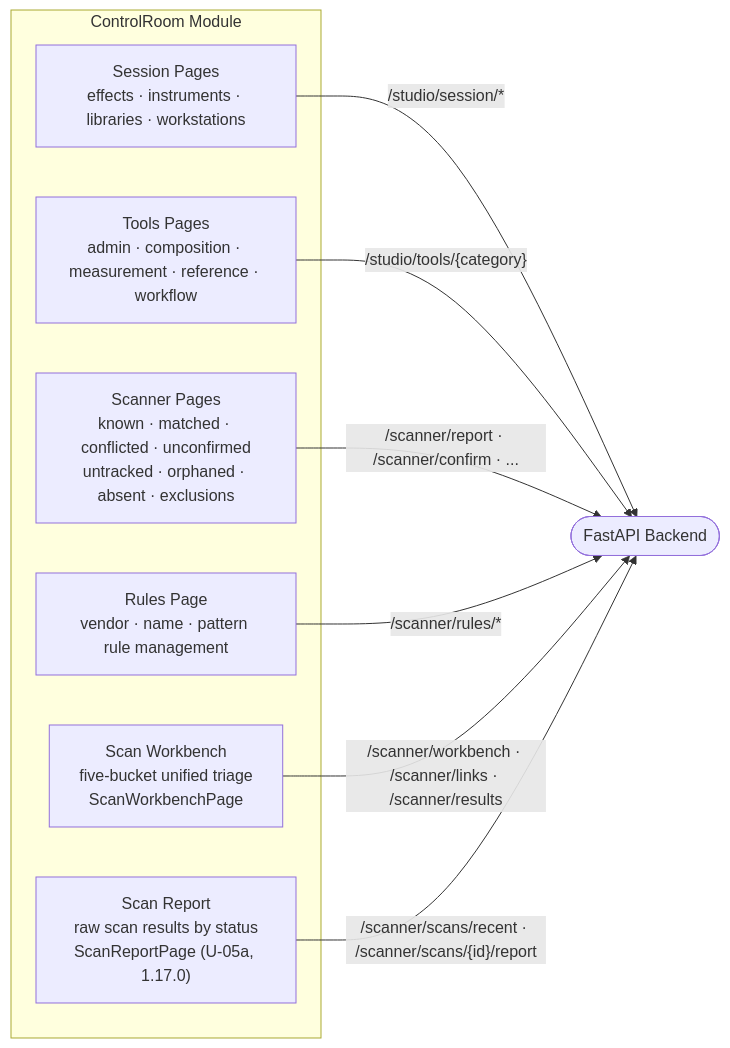
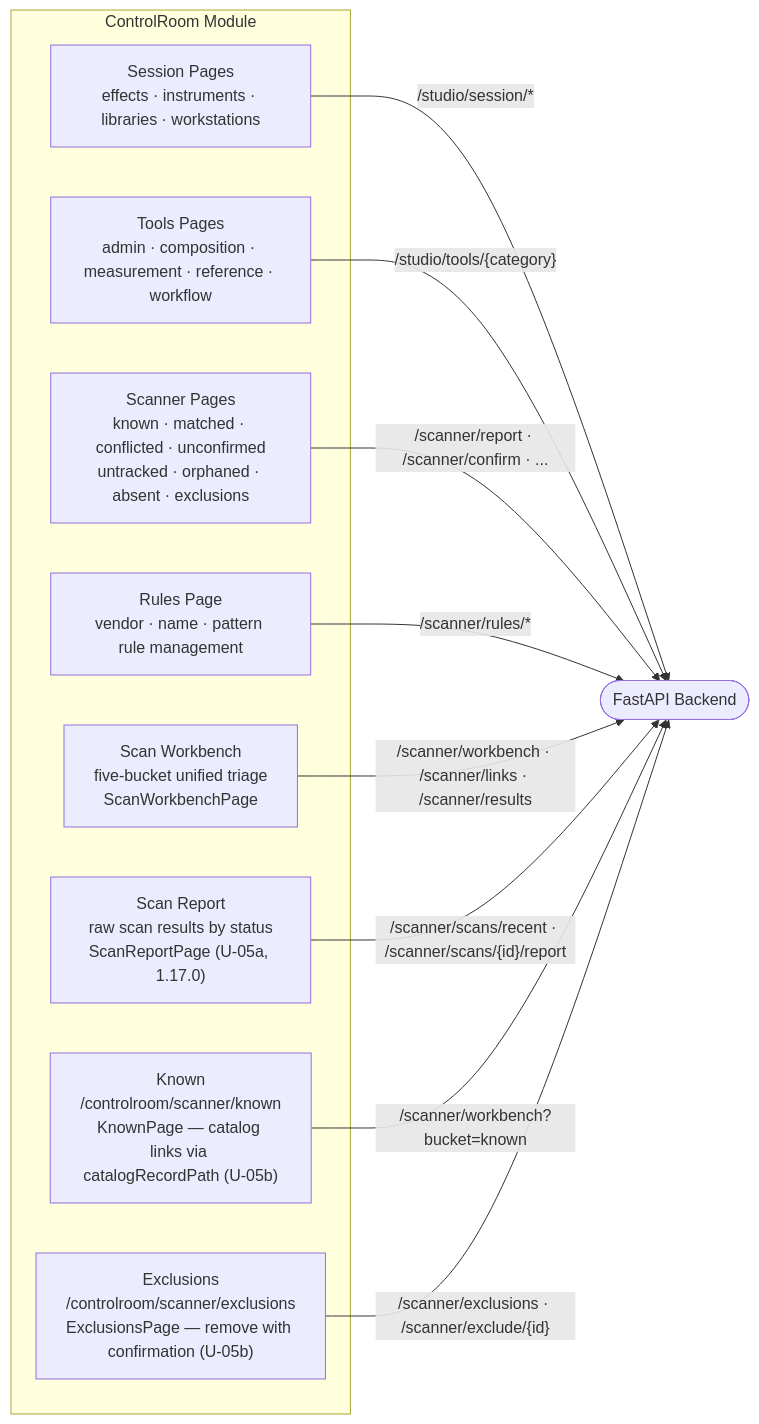
One commit to edtbl76/stud.io changed the first of 2 diagrams in docs/arch/diagrams/l3-pages.md. Above: the diagram before and after it, drawn with Mermaid. The commit also changed 36 other files, not shown here.

````diff
--- a/docs/arch/diagrams/l3-pages.md
+++ b/docs/arch/diagrams/l3-pages.md
@@ -9,20 +9,24 @@
 ```mermaid
 graph LR
     subgraph controlroom ["ControlRoom Module"]
         session_pages["Session Pages\neffects · instruments · libraries · workstations"]
         tools_pages["Tools Pages\nadmin · composition · measurement · reference · workflow"]
         scanner_pages["Scanner Pages\nknown · matched · conflicted · unconfirmed\nuntracked · orphaned · absent · exclusions"]
         rules_pages["Rules Page\nvendor · name · pattern rule management"]
         workbench_page["Scan Workbench\nfive-bucket unified triage\nScanWorkbenchPage"]
         report_page["Scan Report\nraw scan results by status\nScanReportPage (U-05a, 1.17.0)"]
+        known_page["Known\n/controlroom/scanner/known\nKnownPage — catalog links via catalogRecordPath (U-05b)"]
+        exclusions_page["Exclusions\n/controlroom/scanner/exclusions\nExclusionsPage — remove with confirmation (U-05b)"]
     end
 
     backend(["FastAPI Backend"])
 
     session_pages -->|"/studio/session/*"| backend
     tools_pages -->|"/studio/tools/{category}"| backend
     scanner_pages -->|"/scanner/report · /scanner/confirm · ..."| backend
     rules_pages -->|"/scanner/rules/*"| backend
     workbench_page -->|"/scanner/workbench · /scanner/links · /scanner/results"| backend
     report_page -->|"/scanner/scans/recent · /scanner/scans/{id}/report"| backend
+    known_page -->|"/scanner/workbench?bucket=known"| backend
+    exclusions_page -->|"/scanner/exclusions · /scanner/exclude/{id}"| backend
 ```
````
